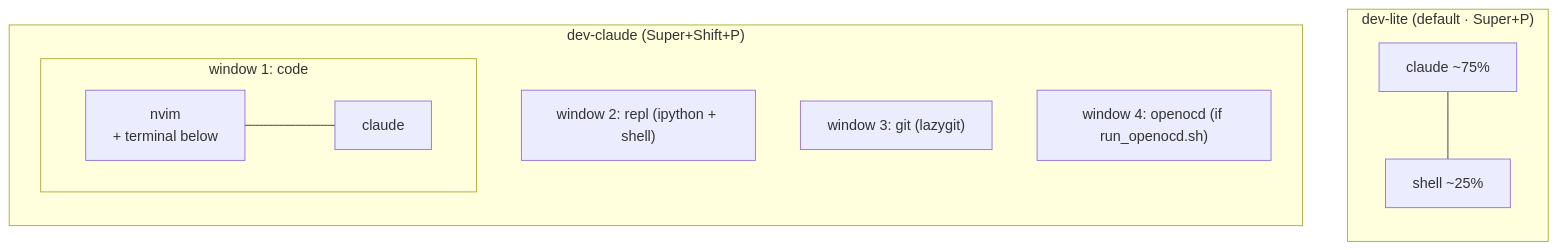
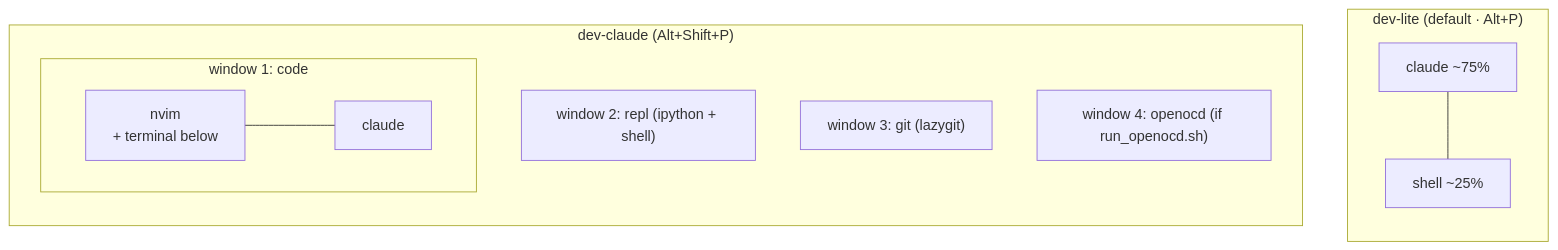
Before and after one commit to vim4all/dotfiles: the second of 4 diagrams in README.md, drawn with Mermaid. The commit also changed other lines of this file and 12 other files, not shown here.

````diff
--- a/README.md
+++ b/README.md
@@ -245,17 +252,17 @@
 ```mermaid
 flowchart TB
-    subgraph lite["dev-lite (default · Super+P)"]
+    subgraph lite["dev-lite (default · Alt+P)"]
         direction TB
         L1["claude ~75%"] --- L2["shell ~25%"]
     end
-    subgraph full["dev-claude (Super+Shift+P)"]
+    subgraph full["dev-claude (Alt+Shift+P)"]
         direction TB
         subgraph w1["window 1: code"]
             direction LR
             F1["nvim<br/>+ terminal below"] --- F2["claude"]
         end
         w2["window 2: repl (ipython + shell)"]
         w3["window 3: git (lazygit)"]
         w4["window 4: openocd (if run_openocd.sh)"]
     end
 ```
````
